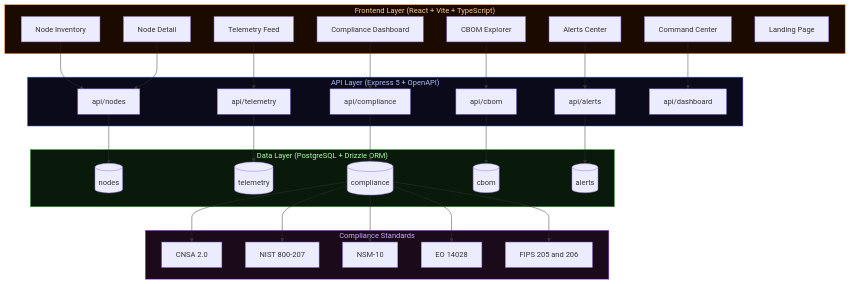
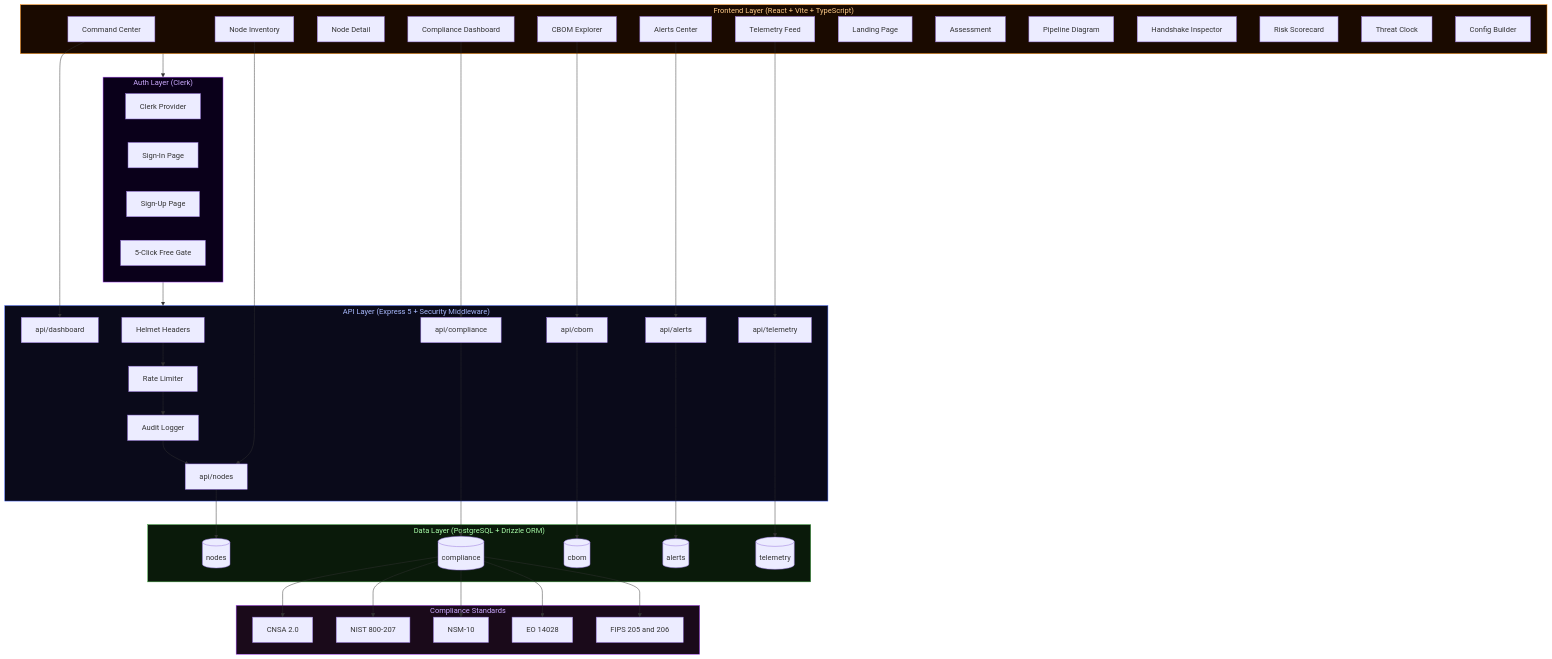
One commit to saisravan909/Quantum-Audit-for-Cryptographic-Modernization changed the first of 8 diagrams in README.md. Above: the diagram before and after it, drawn with Mermaid. The commit also changed other lines of this file and 1 other file, not shown here.

First line of the commit message:
Add robust security features and update project documentation

```diff
--- a/README.md
+++ b/README.md
@@ -64,9 +65,25 @@
         AC[Alerts Center]
         TF[Telemetry Feed]
         LP[Landing Page]
+        AS[Assessment]
+        PL[Pipeline Diagram]
+        HI[Handshake Inspector]
+        RM[Risk Scorecard]
+        TC[Threat Clock]
+        CB[Config Builder]
     end
 
-    subgraph API["API Layer (Express 5 + OpenAPI)"]
+    subgraph Auth["Auth Layer (Clerk)"]
+        CL[Clerk Provider]
+        SI[Sign-In Page]
+        SU[Sign-Up Page]
+        CG[5-Click Free Gate]
+    end
+
+    subgraph API["API Layer (Express 5 + Security Middleware)"]
+        HM[Helmet Headers]
+        RL[Rate Limiter]
+        AL[Audit Logger]
         NR["api/nodes"]
         TR["api/telemetry"]
         CR["api/compliance"]
@@ -91,9 +108,13 @@
         FIPS["FIPS 205 and 206"]
     end
 
+    Frontend --> Auth
+    Auth --> API
+    HM --> RL
+    RL --> AL
+    AL --> NR
     CC --> DR
     NI --> NR
-    ND --> NR
     CD --> CR
     CE --> CBR
     AC --> AR
@@ -112,6 +133,7 @@
     CT --> FIPS
 
     style Frontend fill:#1a0a00,stroke:#ff8800,color:#ffcc88
+    style Auth fill:#0a001a,stroke:#aa44ff,color:#ccaaff
     style API fill:#0a0a1a,stroke:#4466ff,color:#aabbff
     style DB fill:#0a1a0a,stroke:#44aa44,color:#aaffaa
     style Standards fill:#1a0a1a,stroke:#aa44ff,color:#ccaaff
```
